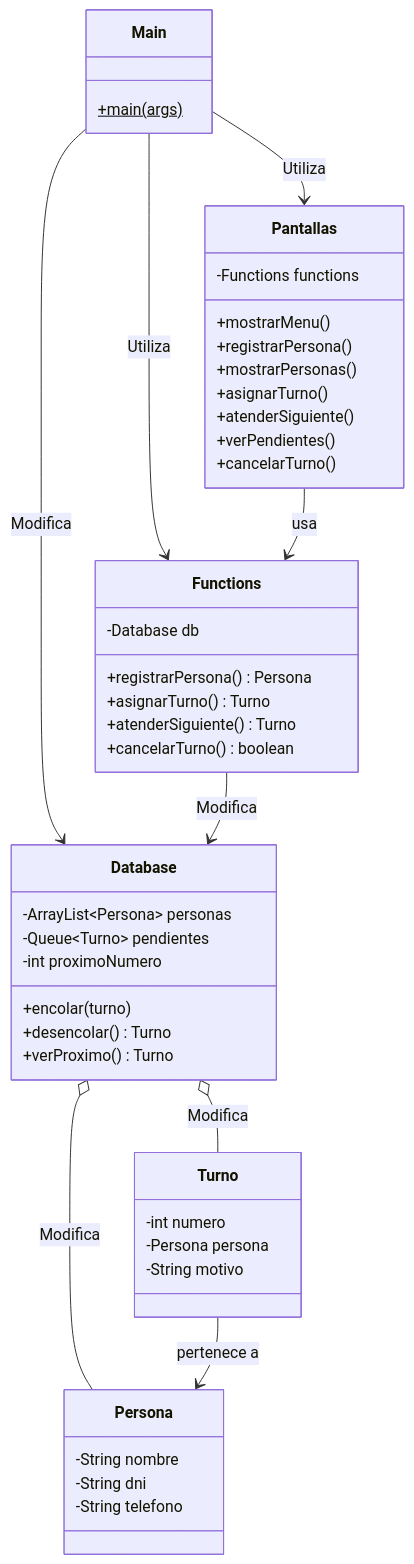
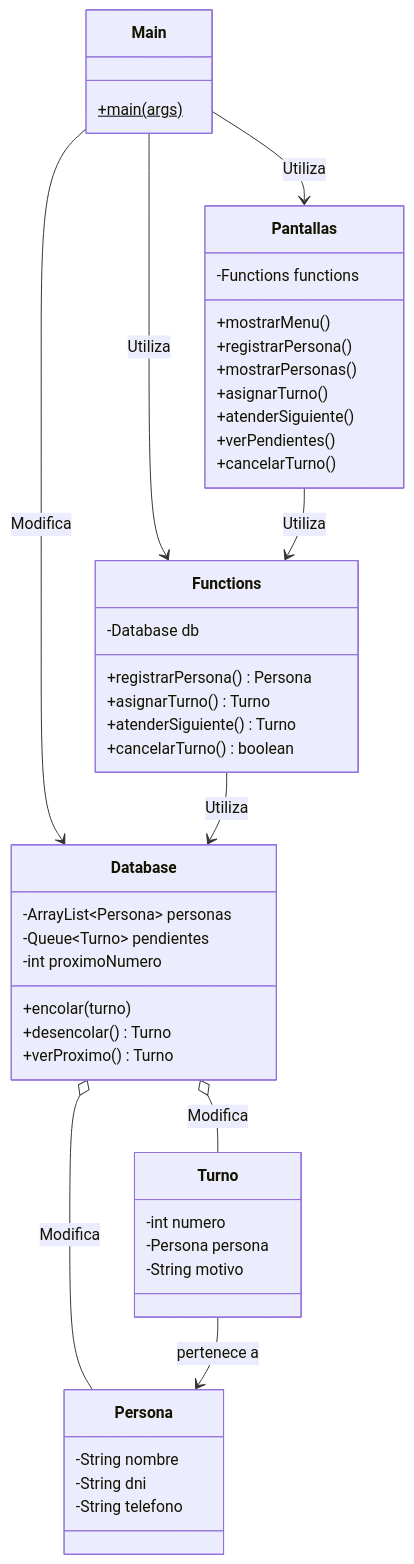
Before and after one commit to Facumacanudo/programacion6to2da: the diagram in Sistema De Turnos/README.md, drawn with Mermaid.

Commit message:
Update README.md to correct usage terms

````diff
--- a/Sistema De Turnos/README.md
+++ b/Sistema De Turnos/README.md
@@ -112,50 +112,50 @@
 ```mermaid
 classDiagram
     class Main {
         +main(args)$
     }
     class Pantallas {
         -Functions functions
         +mostrarMenu()
         +registrarPersona()
         +mostrarPersonas()
         +asignarTurno()
         +atenderSiguiente()
         +verPendientes()
         +cancelarTurno()
     }
     class Functions {
         -Database db
         +registrarPersona() Persona
         +asignarTurno() Turno
         +atenderSiguiente() Turno
         +cancelarTurno() boolean
     }
     class Database {
         -ArrayList~Persona~ personas
         -Queue~Turno~ pendientes
         -int proximoNumero
         +encolar(turno)
         +desencolar() Turno
         +verProximo() Turno
     }
     class Persona {
         -String nombre
         -String dni
         -String telefono
     }
     class Turno {
         -int numero
         -Persona persona
         -String motivo
     }
 
     Main --> Database : Modifica
     Main --> Functions : Utiliza
     Main --> Pantallas : Utiliza
-    Pantallas --> Functions : usa
-    Functions --> Database : Modifica
+    Pantallas --> Functions : Utiliza
+    Functions --> Database : Utiliza
     Database o-- Persona : Modifica
     Database o-- Turno : Modifica
     Turno --> Persona : pertenece a
 ```
````
